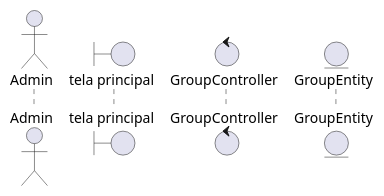
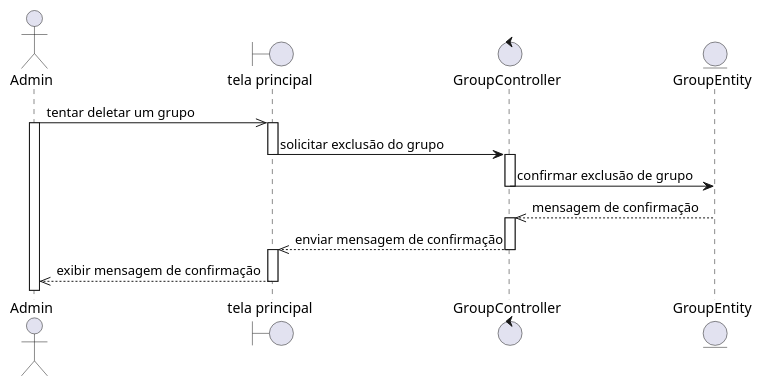
The diagram in sequence/admin/group.delete.seq.wsd (rodrigoRolim/CAdiagrams), drawn with PlantUML before and after one commit. The commit also changed 37 other files, not shown here.

```diff
--- a/sequence/admin/group.delete.seq.wsd
+++ b/sequence/admin/group.delete.seq.wsd
@@ -1,7 +1,22 @@
 @startuml
 actor Admin
 boundary "tela principal" as grupo
 control GroupController
 entity GroupEntity
 
+Admin ->> grupo: tentar deletar um grupo
+activate Admin
+activate grupo
+grupo -> GroupController: solicitar exclusão do grupo
+deactivate grupo
+activate GroupController
+GroupController -> GroupEntity: confirmar exclusão de grupo
+deactivate GroupController
+GroupEntity -->> GroupController: mensagem de confirmação
+activate GroupController
+GroupController -->> grupo: enviar mensagem de confirmação
+deactivate GroupController
+activate grupo
+grupo -->> Admin: exibir mensagem de confirmação
+deactivate grupo
 @enduml
```
